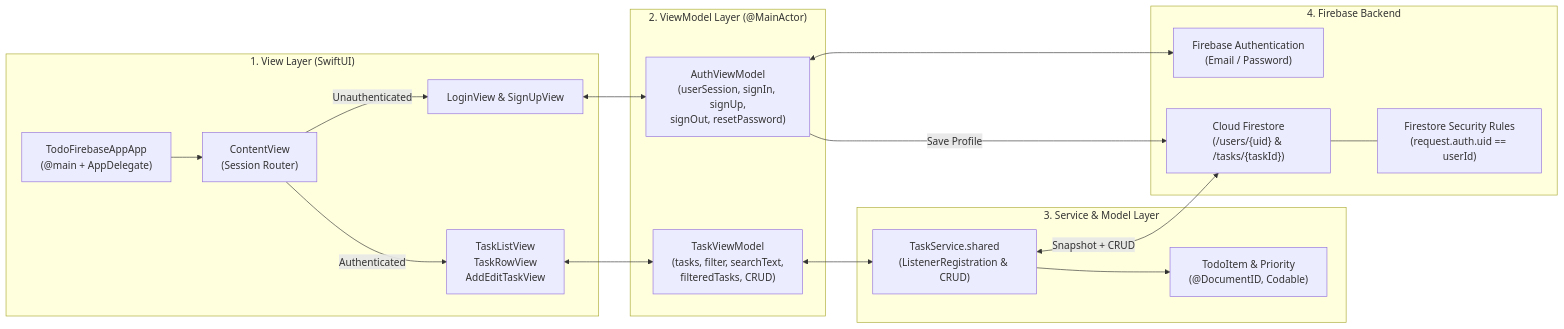
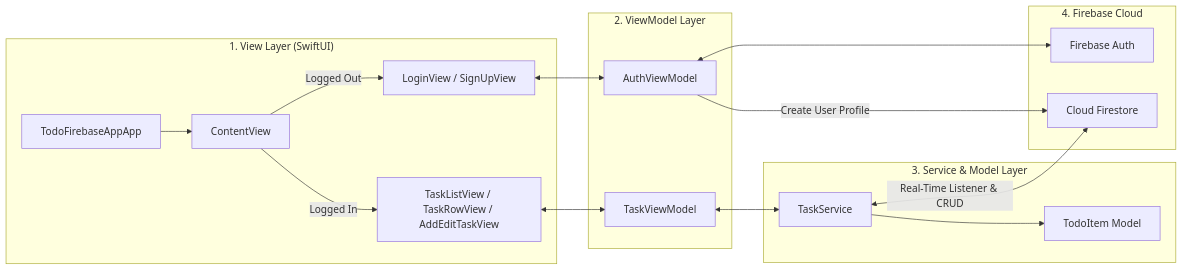
The diagram in README.md (failuresoul/To-Do-App), drawn with Mermaid before and after one commit. The commit also changed other lines of this file, not shown here.

````diff
--- a/README.md
+++ b/README.md
@@ -69,37 +50,31 @@
 ```mermaid
 flowchart LR
-    subgraph UI["1. View Layer (SwiftUI)"]
-        App["TodoFirebaseAppApp\n(@main + AppDelegate)"]
-        Content["ContentView\n(Session Router)"]
-        AuthUI["LoginView & SignUpView"]
-        TaskUI["TaskListView\nTaskRowView\nAddEditTaskView"]
+    subgraph View["1. View Layer (SwiftUI)"]
+        App["TodoFirebaseAppApp"] --> Content["ContentView"]
+        Content -->|Logged Out| AuthViews["LoginView / SignUpView"]
+        Content -->|Logged In| TaskViews["TaskListView / TaskRowView / AddEditTaskView"]
     end
 
-    subgraph VM["2. ViewModel Layer (@MainActor)"]
-        AuthVM["AuthViewModel\n(userSession, signIn, signUp,\nsignOut, resetPassword)"]
-        TaskVM["TaskViewModel\n(tasks, filter, searchText,\nfilteredTasks, CRUD)"]
+    subgraph ViewModel["2. ViewModel Layer"]
+        AuthVM["AuthViewModel"]
+        TaskVM["TaskViewModel"]
     end
 
-    subgraph Data["3. Service & Model Layer"]
-        Service["TaskService.shared\n(ListenerRegistration & CRUD)"]
-        Model["TodoItem & Priority\n(@DocumentID, Codable)"]
+    subgraph Service["3. Service & Model Layer"]
+        TS["TaskService"]
+        Model["TodoItem Model"]
     end
 
-    subgraph Cloud["4. Firebase Backend"]
-        FAuth["Firebase Authentication\n(Email / Password)"]
-        FS["Cloud Firestore\n(/users/{uid} & /tasks/{taskId})"]
-        Rules["Firestore Security Rules\n(request.auth.uid == userId)"]
+    subgraph Firebase["4. Firebase Cloud"]
+        FA["Firebase Auth"]
+        FS["Cloud Firestore"]
     end
 
-    App --> Content
-    Content -->|Unauthenticated| AuthUI
-    Content -->|Authenticated| TaskUI
-    AuthUI <--> AuthVM
-    TaskUI <--> TaskVM
-    AuthVM <--> FAuth
-    AuthVM -->|Save Profile| FS
-    TaskVM <--> Service
-    Service --> Model
-    Service <-->|Snapshot + CRUD| FS
-    FS --- Rules
+    AuthViews <--> AuthVM
+    TaskViews <--> TaskVM
+    AuthVM <--> FA
+    AuthVM -->|Create User Profile| FS
+    TaskVM <--> TS
+    TS --> Model
+    TS <-->|Real-Time Listener & CRUD| FS
 ```
````
